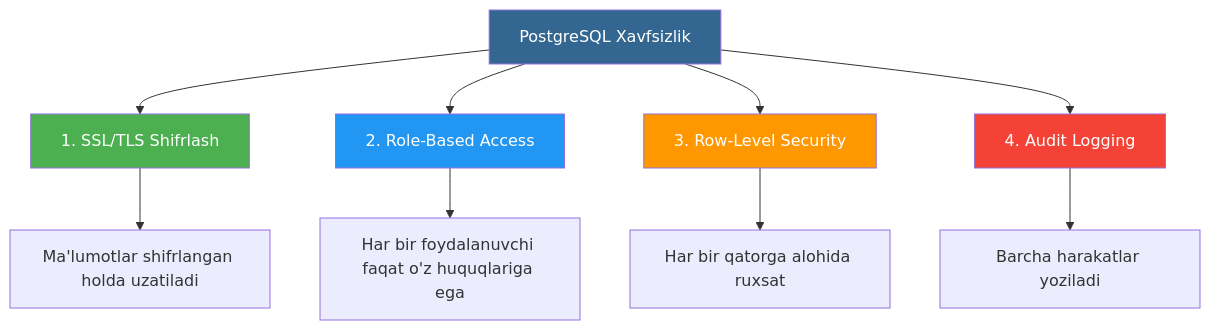
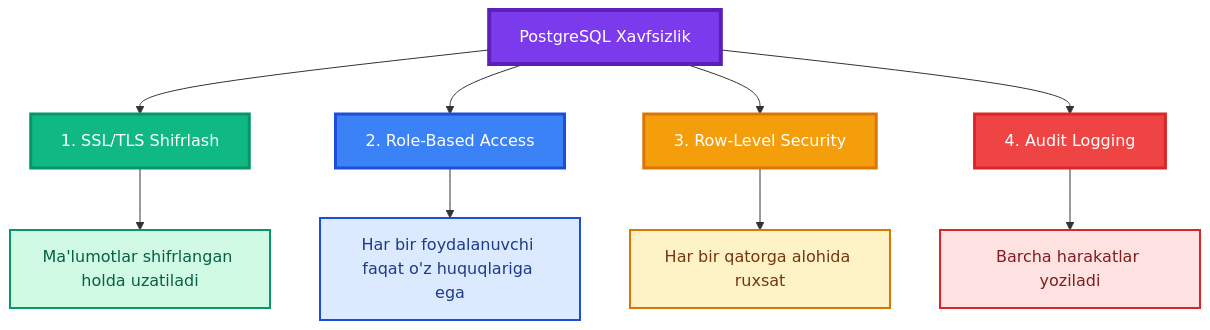
One commit to deepcode-academy/PSQL-Tutorials changed the fifth of 8 diagrams in 01-postgresql/README.md. Above: the diagram before and after it, drawn with Mermaid. The commit also changed other lines of this file, not shown here.

````diff
--- a/01-postgresql/README.md
+++ b/01-postgresql/README.md
@@ -215,18 +223,22 @@
 ```mermaid
 graph TD
     A[PostgreSQL Xavfsizlik] --> B[1. SSL/TLS Shifrlash]
     A --> C[2. Role-Based Access]
     A --> D[3. Row-Level Security]
     A --> E[4. Audit Logging]
     
     B --> F[Ma'lumotlar shifrlangan holda uzatiladi]
     C --> G[Har bir foydalanuvchi faqat o'z huquqlariga ega]
     D --> H[Har bir qatorga alohida ruxsat]
     E --> I[Barcha harakatlar yoziladi]
     
-    style A fill:#336791,color:#fff
-    style B fill:#4CAF50,color:#fff
-    style C fill:#2196F3,color:#fff
-    style D fill:#FF9800,color:#fff
-    style E fill:#F44336,color:#fff
+    style A fill:#7c3aed,color:#fff,stroke:#5b21b6,stroke-width:4px
+    style B fill:#10b981,color:#fff,stroke:#059669,stroke-width:3px
+    style C fill:#3b82f6,color:#fff,stroke:#1d4ed8,stroke-width:3px
+    style D fill:#f59e0b,color:#fff,stroke:#d97706,stroke-width:3px
+    style E fill:#ef4444,color:#fff,stroke:#dc2626,stroke-width:3px
+    style F fill:#d1fae5,color:#065f46,stroke:#059669,stroke-width:2px
+    style G fill:#dbeafe,color:#1e3a8a,stroke:#1d4ed8,stroke-width:2px
+    style H fill:#fef3c7,color:#78350f,stroke:#d97706,stroke-width:2px
+    style I fill:#fee2e2,color:#7f1d1d,stroke:#dc2626,stroke-width:2px
 ```
````
